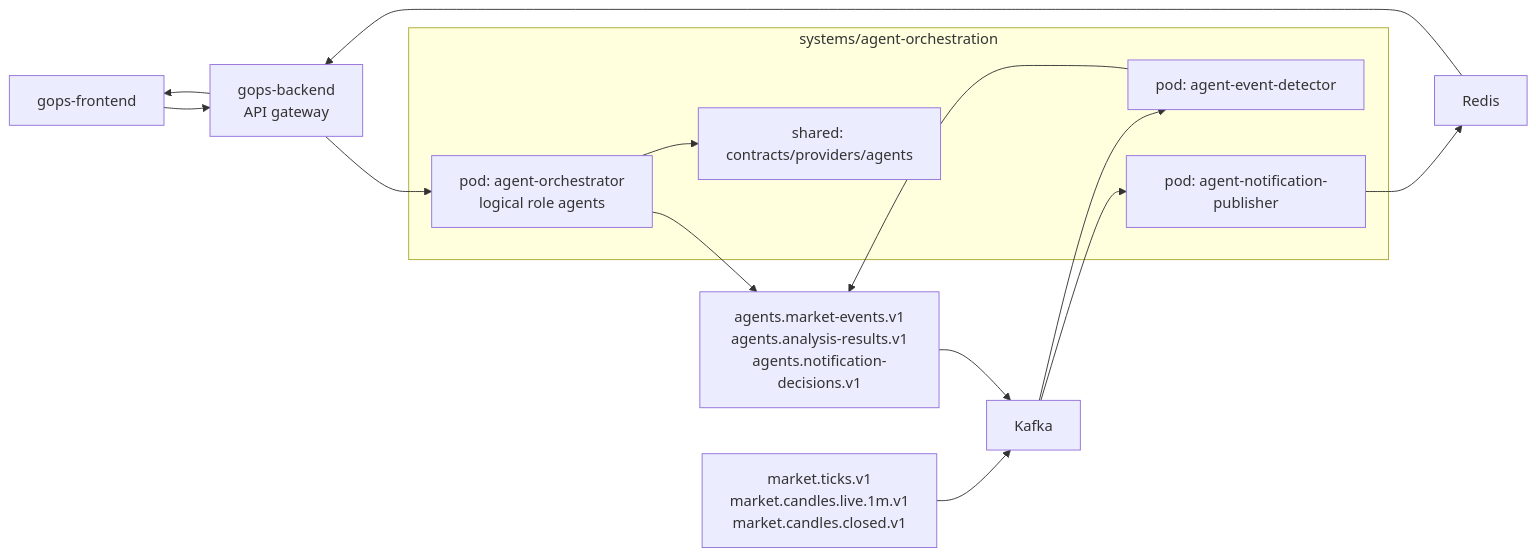
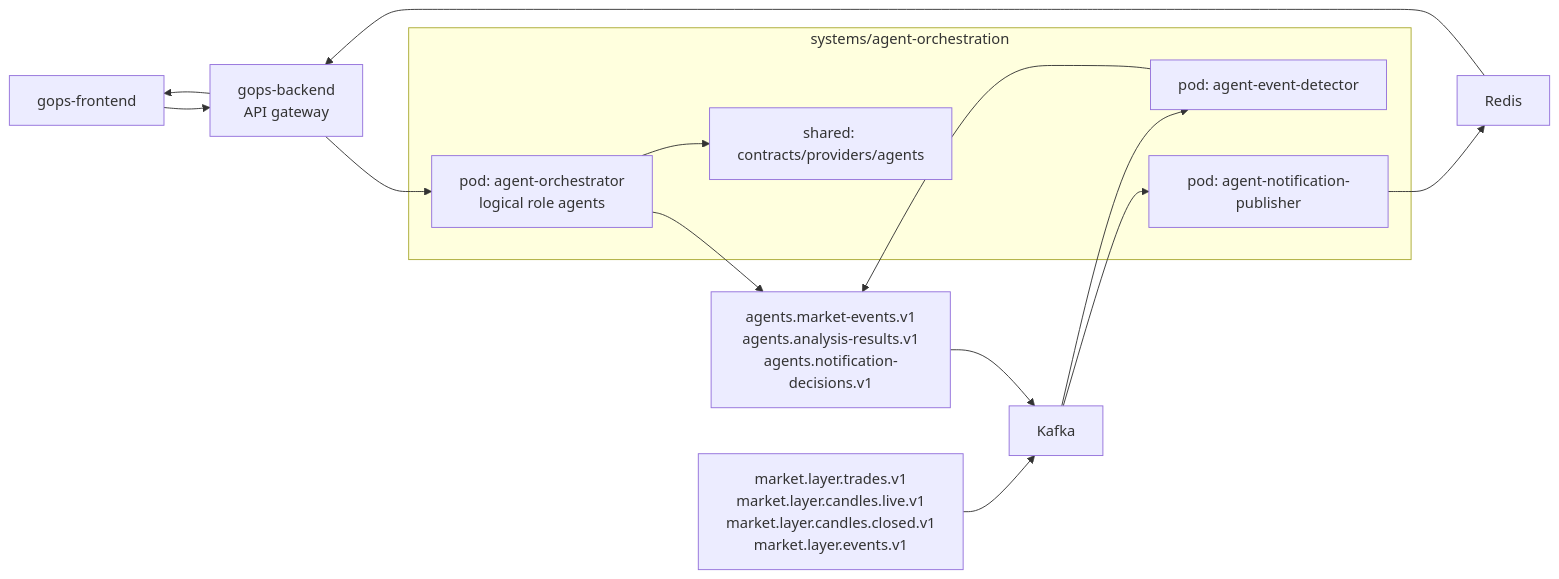
One commit to seunglee10/GOPS-BE changed the first of 3 diagrams in docs/AGENT_ORCHESTRATION_IMPLEMENTATION.md. Above: the diagram before and after it, drawn with Mermaid. The commit also changed other lines of this file and 26 other files, not shown here.

Commit message:
docs: define on-demand chart data rebuild plan

````diff
--- a/docs/AGENT_ORCHESTRATION_IMPLEMENTATION.md
+++ b/docs/AGENT_ORCHESTRATION_IMPLEMENTATION.md
@@ -25,30 +25,30 @@
 ```mermaid
 flowchart LR
   Frontend["gops-frontend"]
   Backend["gops-backend<br/>API gateway"]
 
   subgraph AgentSystem["systems/agent-orchestration"]
     Orchestrator["pod: agent-orchestrator<br/>logical role agents"]
     EventDetector["pod: agent-event-detector"]
     NotificationPublisher["pod: agent-notification-publisher"]
     Contracts["shared: contracts/providers/agents"]
   end
 
   Kafka["Kafka"]
   Redis["Redis"]
-  MarketTopics["market.ticks.v1<br/>market.candles.live.1m.v1<br/>market.candles.closed.v1"]
+  MarketTopics["market.layer.trades.v1<br/>market.layer.candles.live.v1<br/>market.layer.candles.closed.v1<br/>market.layer.events.v1"]
   AgentTopics["agents.market-events.v1<br/>agents.analysis-results.v1<br/>agents.notification-decisions.v1"]
 
   Frontend --> Backend
   Backend --> Orchestrator
   Orchestrator --> Contracts
   MarketTopics --> Kafka
   Kafka --> EventDetector
   EventDetector --> AgentTopics
   Orchestrator --> AgentTopics
   AgentTopics --> Kafka
   Kafka --> NotificationPublisher
   NotificationPublisher --> Redis
   Redis --> Backend
   Backend --> Frontend
 ```
````
